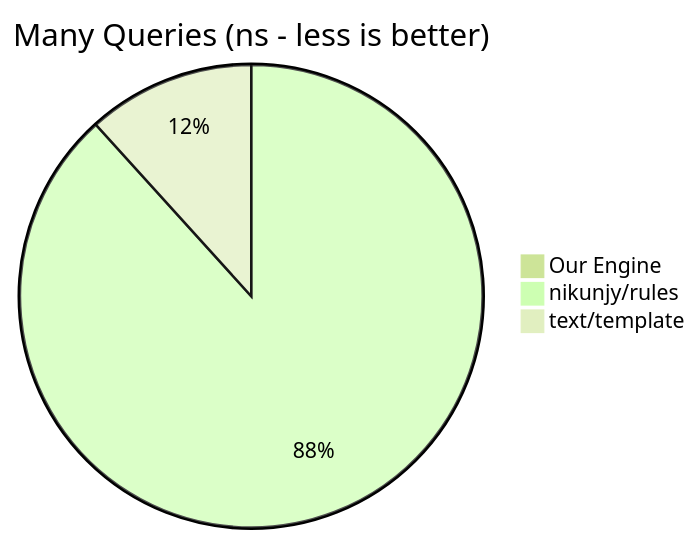
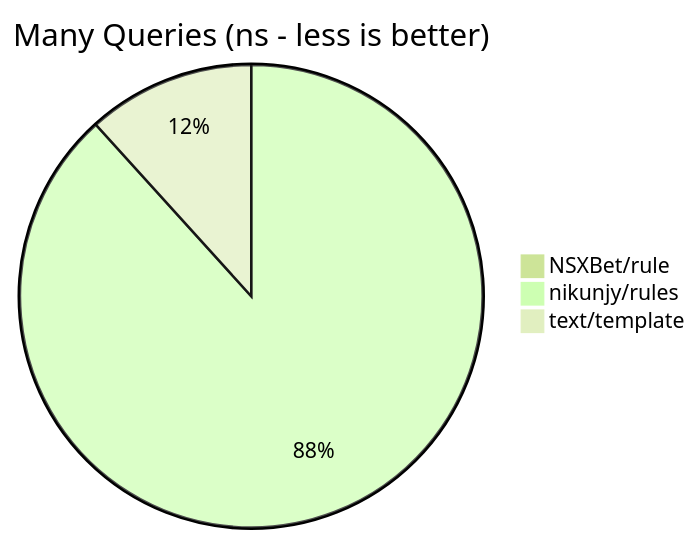
The sixth of 6 diagrams in README.md (NSXBet/rule), drawn with Mermaid (forest theme) before and after one commit. The commit also changed other lines of this file, not shown here.

````diff
--- a/README.md
+++ b/README.md
@@ -530,6 +530,6 @@
 ```mermaid
 pie title Many Queries (ns - less is better)
-    "Our Engine" : 142.3
+    "NSXBet/rule" : 142.3
     "nikunjy/rules" : 20672
     "text/template" : 2743
 ```
````
